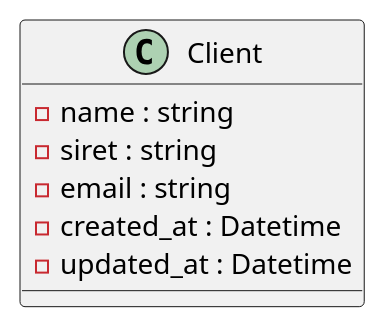
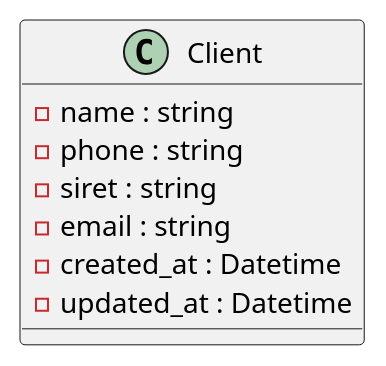
The diagram in diagrams-uml/Class/Client.puml (laurasullyalexandrine/BileMo), drawn with PlantUML before and after one commit. The commit also changed 3 other files, not shown here.

```diff
--- a/diagrams-uml/Class/Client.puml
+++ b/diagrams-uml/Class/Client.puml
@@ -1,13 +1,14 @@
 @startuml Client
 
 Class Client {
 
     - name : string
+    - phone : string
     - siret : string
     - email : string
     - created_at : Datetime
     - updated_at : Datetime
 
 }
 
 @enduml
```
